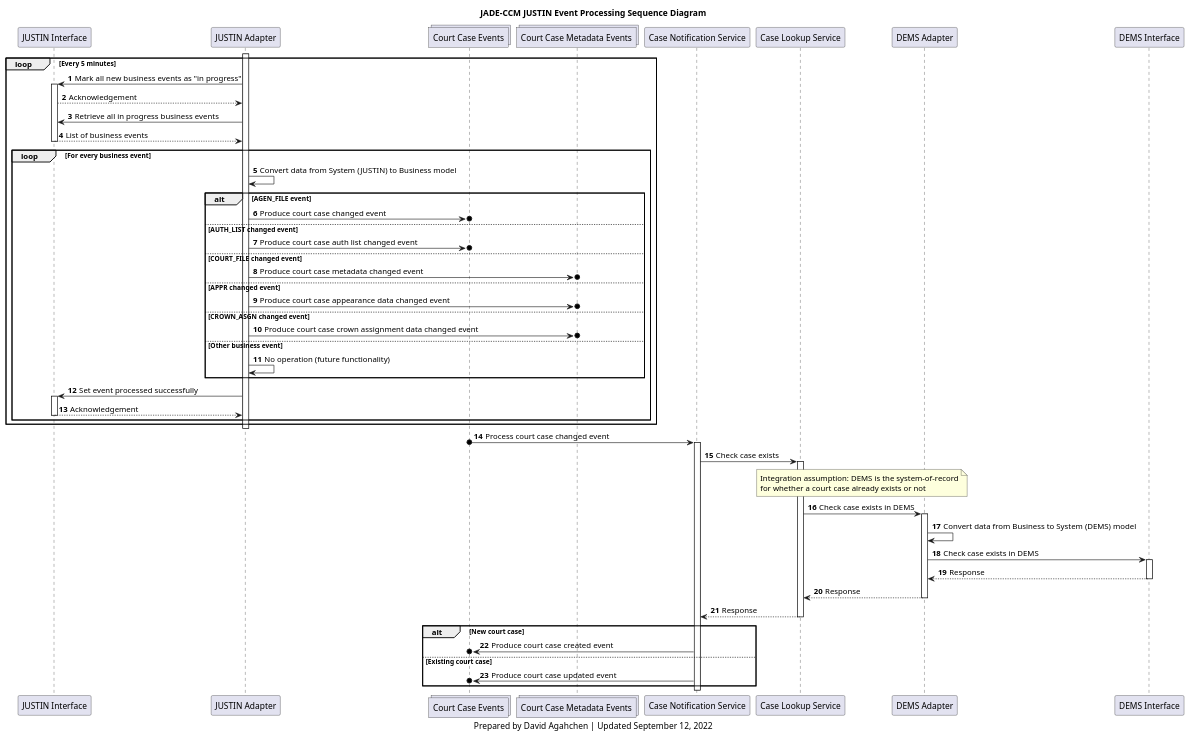
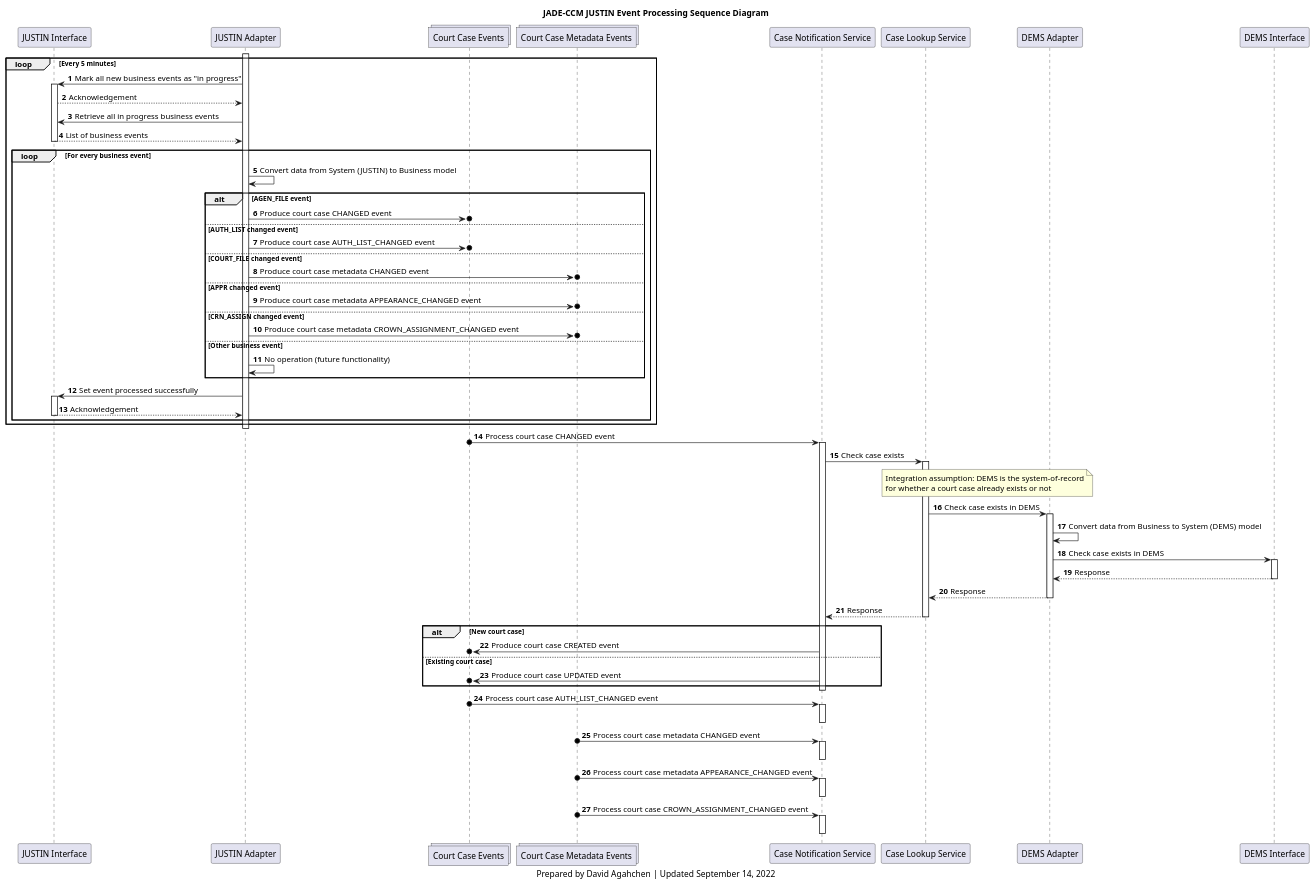
Before and after one commit to bcgov/jpss-jade-ccm: the diagram in img/src/ccm_justin_event_processing_sequence_diagram.plantuml, drawn with PlantUML. The commit also changed 24 other files, not shown here.

```diff
--- a/img/src/ccm_justin_event_processing_sequence_diagram.plantuml
+++ b/img/src/ccm_justin_event_processing_sequence_diagram.plantuml
@@ -1,78 +1,94 @@
 @startuml
 'hide footbox
 participant j_interface as "JUSTIN Interface"
 participant j_adapter as "JUSTIN Adapter"
 collections court_cases_topic as "Court Case Events"
 collections court_case_metadatas_topic as "Court Case Metadata Events"
 participant case_notification_service as "Case Notification Service"
 participant case_lookup_service as "Case Lookup Service"
 participant d_adapter as "DEMS Adapter"
 participant d_interface as "DEMS Interface"
 
 title
 JADE-CCM JUSTIN Event Processing Sequence Diagram
 end title
 
 autonumber
 
 activate j_adapter
 loop Every 5 minutes
     j_adapter-> j_interface: Mark all new business events as "in progress"
     activate j_interface
     j_interface --> j_adapter: Acknowledgement
     j_adapter-> j_interface: Retrieve all in progress business events
     j_interface --> j_adapter: List of business events
     deactivate j_interface
     loop For every business event
         j_adapter -> j_adapter: Convert data from System (JUSTIN) to Business model
         alt AGEN_FILE event
-            j_adapter ->o court_cases_topic: Produce court case changed event
+            j_adapter ->o court_cases_topic: Produce court case CHANGED event
         else AUTH_LIST changed event
-            j_adapter ->o court_cases_topic: Produce court case auth list changed event
+            j_adapter ->o court_cases_topic: Produce court case AUTH_LIST_CHANGED event
         else COURT_FILE changed event
-            j_adapter ->o court_case_metadatas_topic: Produce court case metadata changed event
+            j_adapter ->o court_case_metadatas_topic: Produce court case metadata CHANGED event
         else APPR changed event
-            j_adapter ->o court_case_metadatas_topic: Produce court case appearance data changed event
-        else CROWN_ASGN changed event
-            j_adapter ->o court_case_metadatas_topic: Produce court case crown assignment data changed event
+            j_adapter ->o court_case_metadatas_topic: Produce court case metadata APPEARANCE_CHANGED event
+        else CRN_ASSIGN changed event
+            j_adapter ->o court_case_metadatas_topic: Produce court case metadata CROWN_ASSIGNMENT_CHANGED event
         else Other business event
             j_adapter -> j_adapter: No operation (future functionality)
         end
         j_adapter -> j_interface: Set event processed successfully
         activate j_interface
         j_interface --> j_adapter: Acknowledgement
         deactivate j_interface
     end
 end
 deactivate j_adapter
 
-court_cases_topic o-> case_notification_service: Process court case changed event
+court_cases_topic o-> case_notification_service: Process court case CHANGED event
 activate case_notification_service
 case_notification_service -> case_lookup_service: Check case exists
 activate case_lookup_service
 note over case_lookup_service, d_adapter
 Integration assumption: DEMS is the system-of-record
 for whether a court case already exists or not
 end note
 case_lookup_service -> d_adapter: Check case exists in DEMS
 activate d_adapter
 d_adapter -> d_adapter: Convert data from Business to System (DEMS) model
 d_adapter -> d_interface: Check case exists in DEMS
 activate d_interface
 d_interface --> d_adapter: Response
 deactivate d_interface
 d_adapter --> case_lookup_service: Response
 deactivate d_adapter
 case_lookup_service --> case_notification_service: Response
 deactivate case_lookup_service
 alt New court case
-    case_notification_service ->o court_cases_topic: Produce court case created event
+    case_notification_service ->o court_cases_topic: Produce court case CREATED event
 else Existing court case
-    case_notification_service ->o court_cases_topic: Produce court case updated event
+    case_notification_service ->o court_cases_topic: Produce court case UPDATED event
 end
 deactivate case_notification_service
 
+court_cases_topic o-> case_notification_service: Process court case AUTH_LIST_CHANGED event
+activate case_notification_service
+deactivate case_notification_service
+
+court_case_metadatas_topic o-> case_notification_service: Process court case metadata CHANGED event
+activate case_notification_service
+deactivate case_notification_service
+
+court_case_metadatas_topic o-> case_notification_service: Process court case metadata APPEARANCE_CHANGED event
+activate case_notification_service
+deactivate case_notification_service
+
+court_case_metadatas_topic o-> case_notification_service: Process court case CROWN_ASSIGNMENT_CHANGED event
+activate case_notification_service
+deactivate case_notification_service
+
 caption
-Prepared by David Agahchen | Updated September 12, 2022
+Prepared by David Agahchen | Updated September 14, 2022
 end caption
 @enduml
```
